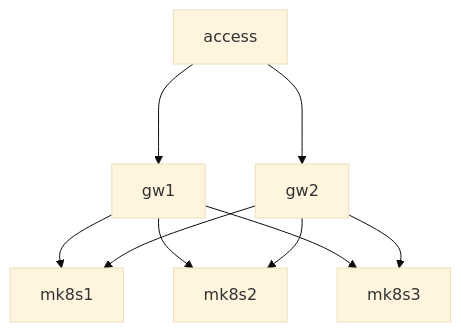
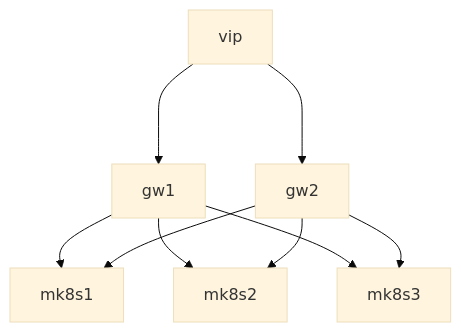
The diagram in README.md (PrimeEuler/microcloud), drawn with Mermaid (base theme) before and after one commit.

````diff
--- a/README.md
+++ b/README.md
@@ -4,11 +4,11 @@
 ```mermaid
 graph TD;
-    access--->gw1;
-    access--->gw2;
+    vip--->gw1;
+    vip--->gw2;
     gw1-->mk8s1;
     gw1-->mk8s2;
     gw1-->mk8s3;
     gw2-->mk8s1;
     gw2-->mk8s2;
     gw2-->mk8s3;
 ```
````
